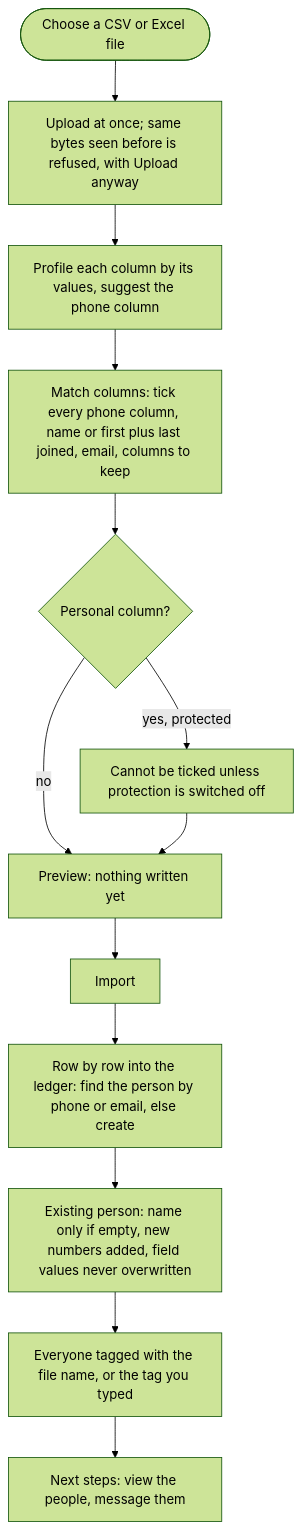
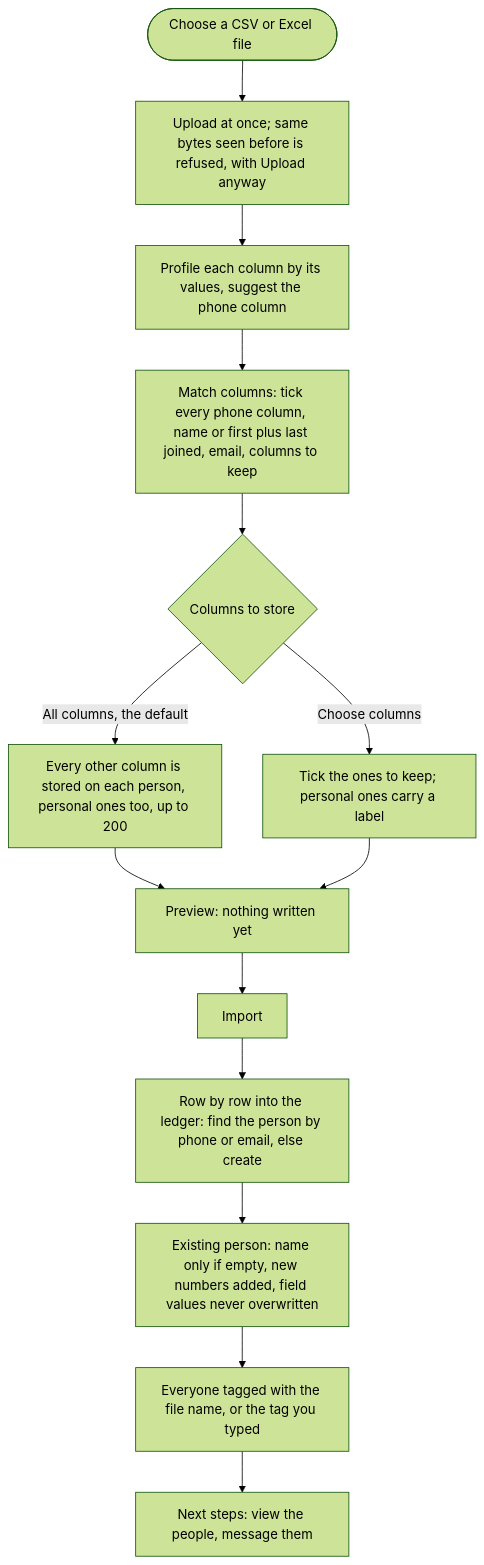
The fifth of 8 diagrams in docs/36-workflows.md (Kushalr3ddy/whatsapp-crm), drawn with Mermaid (forest theme) before and after one commit. The commit also changed other lines of this file and 4 other files, not shown here.

Commit message:
import: store all columns by default, with a Choose columns option (cap 40 to 200)

````diff
--- a/docs/36-workflows.md
+++ b/docs/36-workflows.md
@@ -116,15 +116,16 @@
 ```mermaid
 flowchart TD
   A([Choose a CSV or Excel file]) --> B[Upload at once; same bytes seen before is refused, with Upload anyway]
   B --> C[Profile each column by its values, suggest the phone column]
   C --> D[Match columns: tick every phone column, name or first plus last joined, email, columns to keep]
-  D --> E{Personal column?}
-  E -- yes, protected --> F[Cannot be ticked unless protection is switched off]
-  E -- no --> G[Preview: nothing written yet]
-  F --> G
+  D --> E{Columns to store}
+  E -- All columns, the default --> F[Every other column is stored on each person, personal ones too, up to 200]
+  E -- Choose columns --> F2[Tick the ones to keep; personal ones carry a label]
+  F --> G[Preview: nothing written yet]
+  F2 --> G
   G --> H[Import]
   H --> I[Row by row into the ledger: find the person by phone or email, else create]
   I --> J[Existing person: name only if empty, new numbers added, field values never overwritten]
   J --> K[Everyone tagged with the file name, or the tag you typed]
   K --> L[Next steps: view the people, message them]
 ```
````
